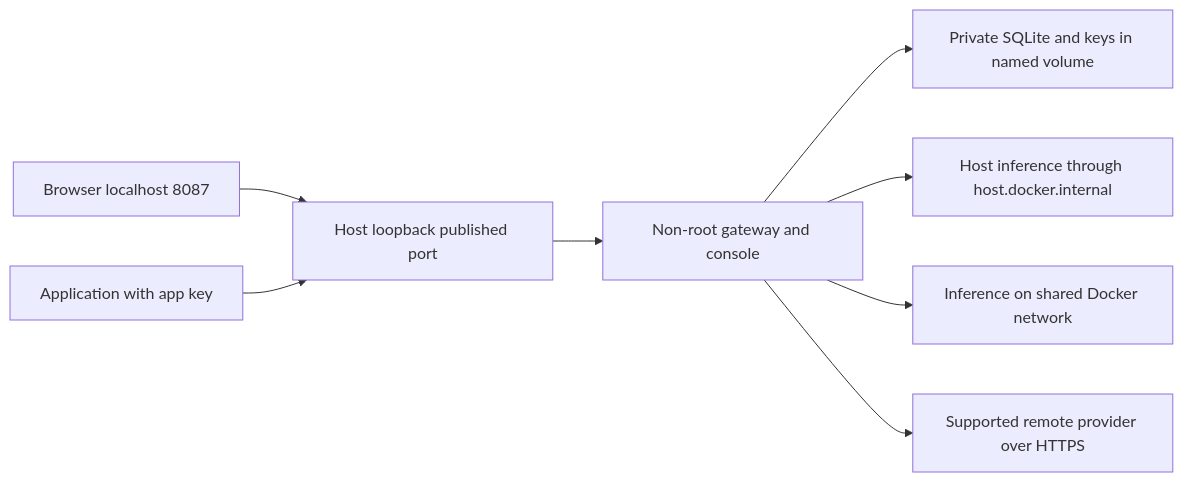
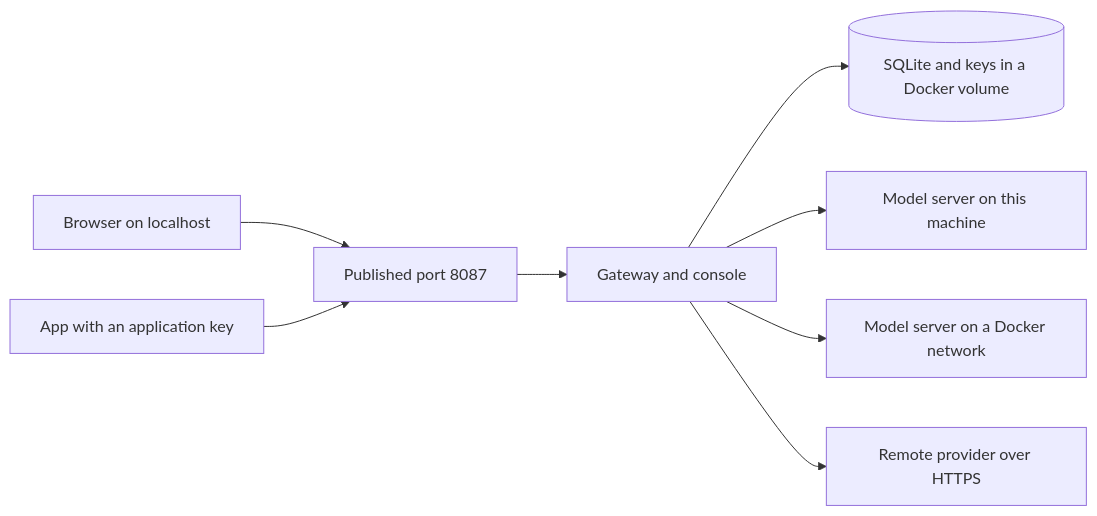
Before and after one commit to m87techlabs/m87-ai-gateway: the diagram in docs/runbooks/container-deployment.md, drawn with Mermaid. The commit also changed other lines of this file and 105 other files, not shown here.

````diff
--- a/docs/runbooks/container-deployment.md
+++ b/docs/runbooks/container-deployment.md
@@ -154,10 +83,10 @@
 ```mermaid
 flowchart LR
-    Browser[Browser localhost 8087] --> Port[Host loopback published port]
-    App[Application with app key] --> Port
-    Port --> Gateway[Non-root gateway and console]
-    Gateway --> Volume[Private SQLite and keys in named volume]
-    Gateway --> Host[Host inference through host.docker.internal]
-    Gateway --> Network[Inference on shared Docker network]
-    Gateway --> Cloud[Supported remote provider over HTTPS]
+    Browser[Browser on localhost] --> Port[Published port 8087]
+    App[App with an application key] --> Port
+    Port --> Gateway[Gateway and console]
+    Gateway --> Volume[(SQLite and keys in a Docker volume)]
+    Gateway --> Host[Model server on this machine]
+    Gateway --> Network[Model server on a Docker network]
+    Gateway --> Cloud[Remote provider over HTTPS]
 ```
````
